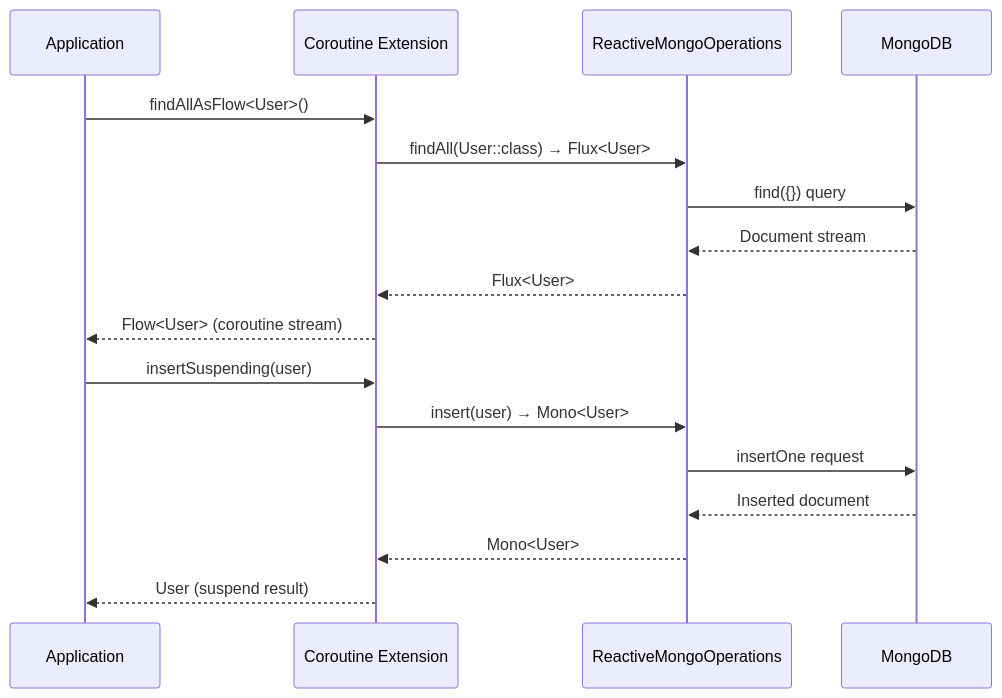
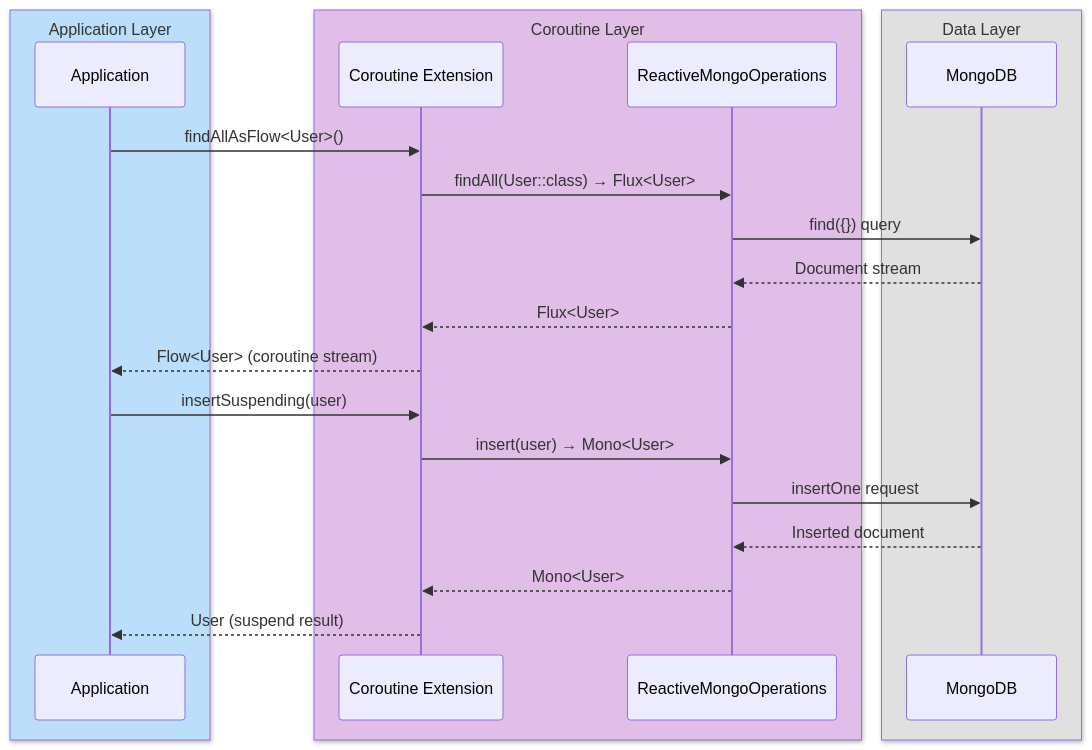
Before and after one commit to bluetape4k/bluetape4k-projects: the fourth of 4 diagrams in spring-boot4/mongodb/README.md, drawn with Mermaid. The commit also changed other lines of this file and 221 other files, not shown here.

First line of the commit message:
docs: 전체 모듈 README UML 다이어그램 보강 및 색상 업그레이드

````diff
--- a/spring-boot4/mongodb/README.md
+++ b/spring-boot4/mongodb/README.md
@@ -191,21 +221,27 @@
 ```mermaid
 sequenceDiagram
-    participant App as Application
-    participant Ext as Coroutine Extension
-    participant Ops as ReactiveMongoOperations
-    participant DB as MongoDB
+    box rgb(187,222,251) Application Layer
+        participant App as Application
+    end
+    box rgb(225,190,231) Coroutine Layer
+        participant Ext as Coroutine Extension
+        participant Ops as ReactiveMongoOperations
+    end
+    box rgb(224,224,224) Data Layer
+        participant DB as MongoDB
+    end
 
     App->>Ext: findAllAsFlow<User>()
     Ext->>Ops: findAll(User::class) → Flux<User>
     Ops->>DB: find({}) query
     DB-->>Ops: Document stream
     Ops-->>Ext: Flux<User>
     Ext-->>App: Flow<User> (coroutine stream)
 
     App->>Ext: insertSuspending(user)
     Ext->>Ops: insert(user) → Mono<User>
     Ops->>DB: insertOne request
     DB-->>Ops: Inserted document
     Ops-->>Ext: Mono<User>
     Ext-->>App: User (suspend result)
 ```
````
